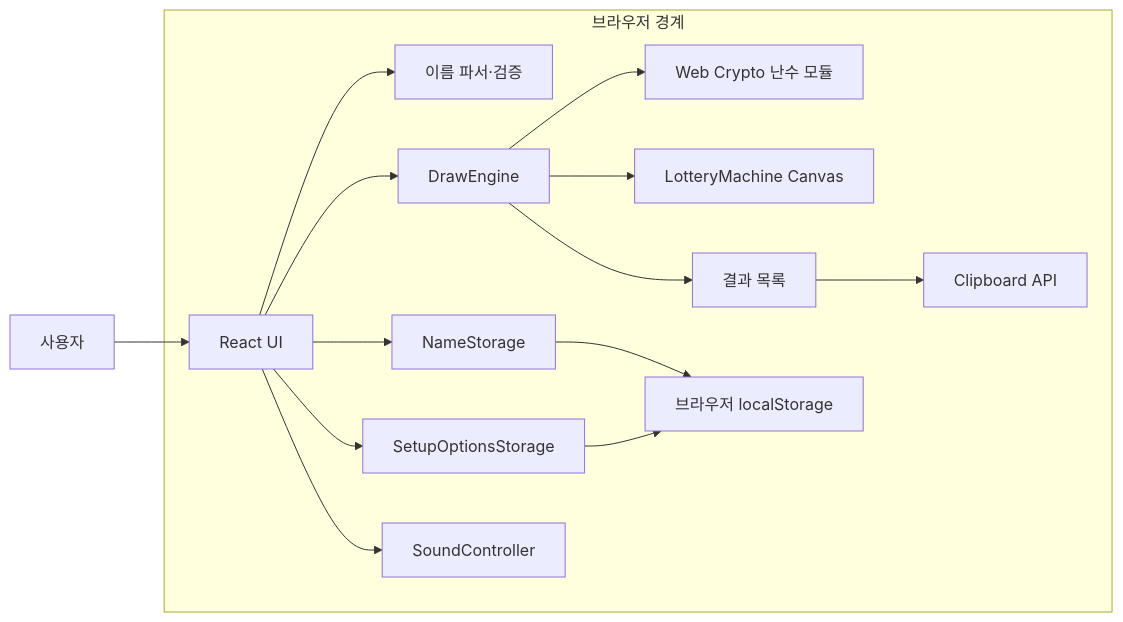
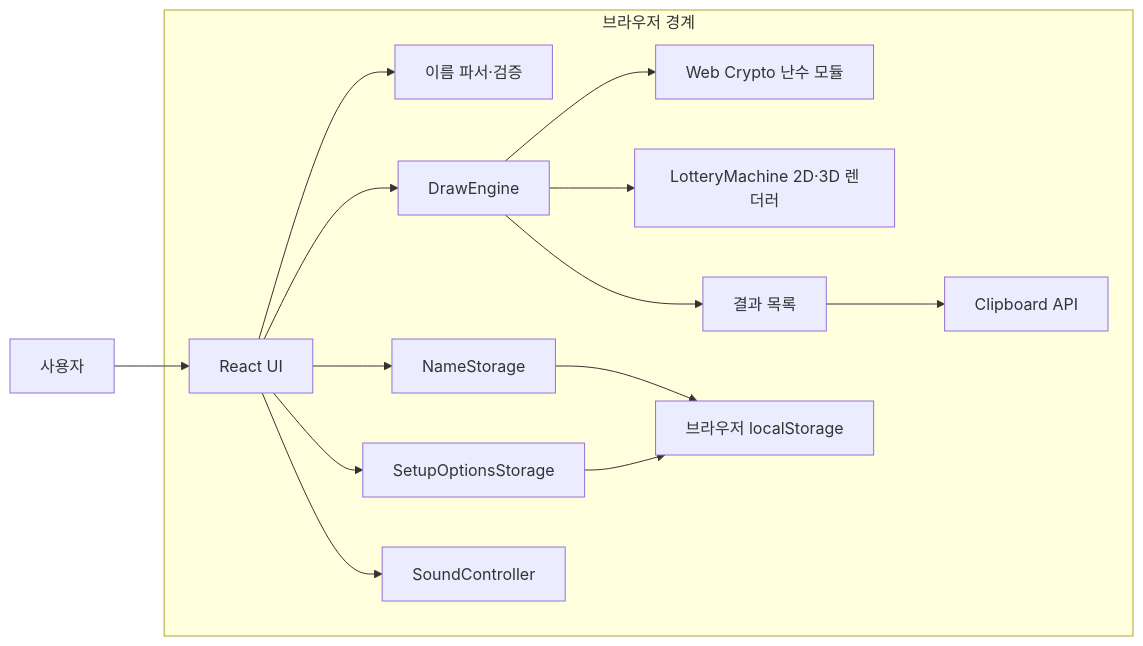
One commit to tinywolf/roulette changed the first of 3 diagrams in docs/architecture.md. Above: the diagram before and after it, drawn with Mermaid. The commit also changed other lines of this file and 16 other files, not shown here.

````diff
--- a/docs/architecture.md
+++ b/docs/architecture.md
@@ -22,29 +22,29 @@
 ```mermaid
 flowchart LR
     User["사용자"] --> UI["React UI"]
     UI --> Parser["이름 파서·검증"]
     UI --> Engine["DrawEngine"]
     UI --> NameStorage["NameStorage"]
     UI --> OptionsStorage["SetupOptionsStorage"]
     UI --> Sound["SoundController"]
     Engine --> Random["Web Crypto 난수 모듈"]
-    Engine --> Canvas["LotteryMachine Canvas"]
+    Engine --> Renderer["LotteryMachine 2D·3D 렌더러"]
     NameStorage --> LocalStorage["브라우저 localStorage"]
     OptionsStorage --> LocalStorage
     Engine --> Results["결과 목록"]
     Results --> Clipboard["Clipboard API"]
 
     subgraph Browser["브라우저 경계"]
       UI
       Parser
       Engine
       Random
-      Canvas
+      Renderer
       NameStorage
       OptionsStorage
       Sound
       Results
       LocalStorage
       Clipboard
     end
 ```
````
